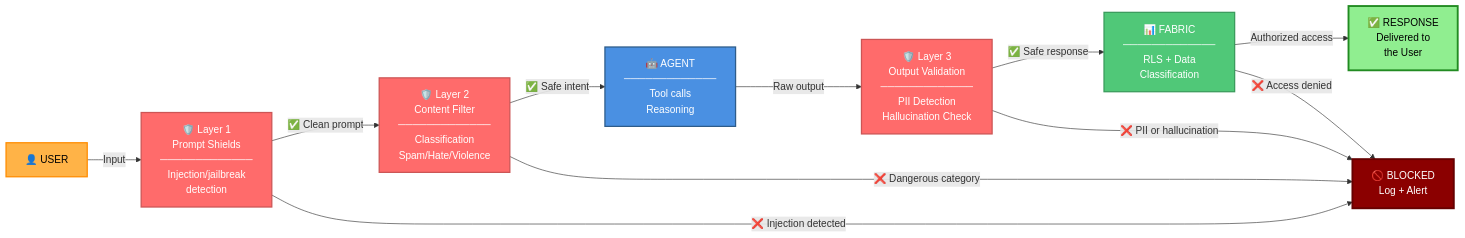
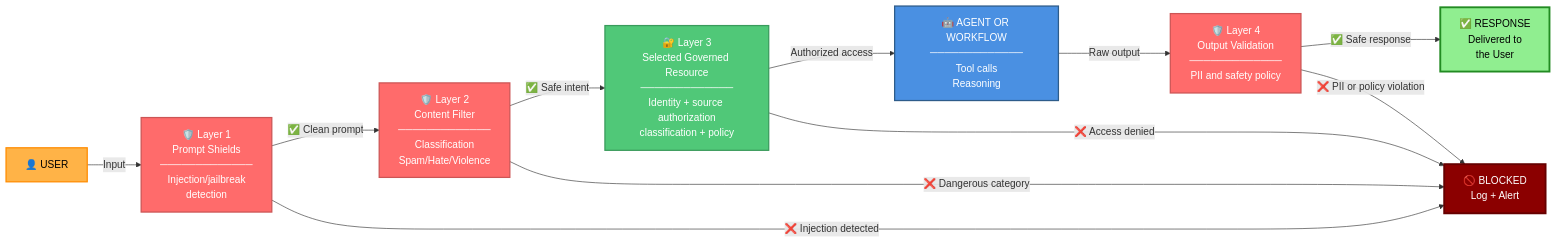
One commit to fabioharams/hubsp-ai-skill changed the first of 13 diagrams in references/04-governance-guard-rails-evaluators-hitl.md. Above: the diagram before and after it, drawn with Mermaid. The commit also changed other lines of this file and 31 other files, not shown here.

````diff
--- a/references/04-governance-guard-rails-evaluators-hitl.md
+++ b/references/04-governance-guard-rails-evaluators-hitl.md
@@ -54,28 +54,25 @@
 ```mermaid
 graph LR
     A["👤 USER"] -->|"Input"| B["🛡️ Layer 1<br/>Prompt Shields<br/>─────────────<br/>Injection/jailbreak<br/>detection"]
     
     B -->|"✅ Clean prompt"| C["🛡️ Layer 2<br/>Content Filter<br/>─────────────<br/>Classification<br/>Spam/Hate/Violence"]
     
-    C -->|"✅ Safe intent"| D["🤖 AGENT<br/>─────────────<br/>Tool calls<br/>Reasoning"]
-    
-    D -->|"Raw output"| E["🛡️ Layer 3<br/>Output Validation<br/>─────────────<br/>PII Detection<br/>Hallucination Check"]
-    
-    E -->|"✅ Safe response"| F["📊 FABRIC<br/>─────────────<br/>RLS + Data<br/>Classification"]
-    
-    F -->|"Authorized access"| G["✅ RESPONSE<br/>Delivered to<br/>the User"]
+    C -->|"✅ Safe intent"| F["🔐 Layer 3<br/>Selected Governed Resource<br/>─────────────<br/>Identity + source authorization<br/>classification + policy"]
+    F -->|"Authorized access"| D["🤖 AGENT OR WORKFLOW<br/>─────────────<br/>Tool calls<br/>Reasoning"]
+    D -->|"Raw output"| E["🛡️ Layer 4<br/>Output Validation<br/>─────────────<br/>PII and safety policy"]
+    E -->|"✅ Safe response"| G["✅ RESPONSE<br/>Delivered to<br/>the User"]
     
     B -->|"❌ Injection detected"| H["🚫 BLOCKED<br/>Log + Alert"]
     C -->|"❌ Dangerous category"| H
-    E -->|"❌ PII or hallucination"| H
+    E -->|"❌ PII or policy violation"| H
     F -->|"❌ Access denied"| H
     
     style A fill:#FFB347,stroke:#FF8C00,color:#000,stroke-width:2px
     style B fill:#FF6B6B,stroke:#CC5555,color:#fff,stroke-width:2px
     style C fill:#FF6B6B,stroke:#CC5555,color:#fff,stroke-width:2px
     style D fill:#4A90E2,stroke:#2E5C8A,color:#fff,stroke-width:2px
     style E fill:#FF6B6B,stroke:#CC5555,color:#fff,stroke-width:2px
     style F fill:#50C878,stroke:#3A9B5C,color:#fff,stroke-width:2px
     style G fill:#90EE90,stroke:#228B22,color:#000,stroke-width:3px
     style H fill:#8B0000,stroke:#660000,color:#fff,stroke-width:3px
 ```
````
